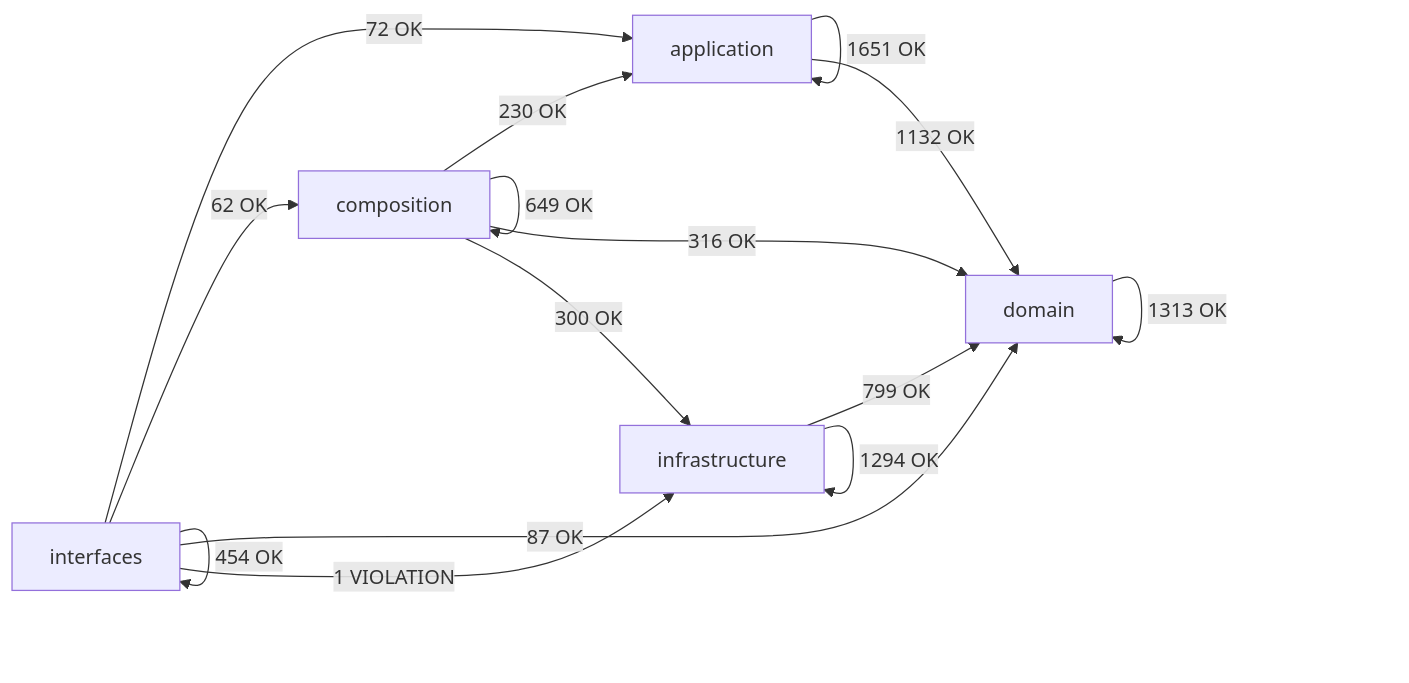
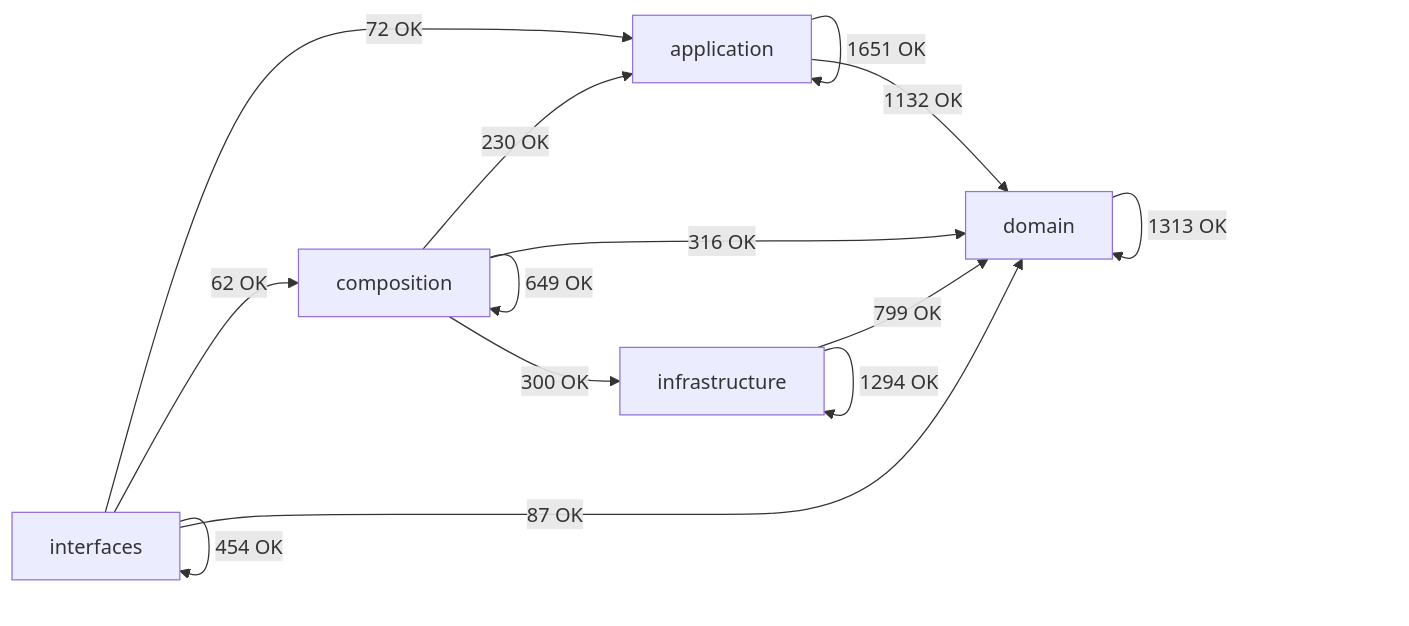
One commit to SatoryKono/BioactivityDataAcquisition changed the diagram in docs/02-architecture/generated/module-dependency-map.md. Above: the diagram before and after it, drawn with Mermaid. The commit also changed other lines of this file and 6 other files, not shown here.

````diff
--- a/docs/02-architecture/generated/module-dependency-map.md
+++ b/docs/02-architecture/generated/module-dependency-map.md
@@ -17,22 +17,21 @@
 ```mermaid
 flowchart LR
     domain[domain]
     application[application]
     infrastructure[infrastructure]
     composition[composition]
     interfaces[interfaces]
     application -->|1651 OK| application
     application -->|1132 OK| domain
     composition -->|230 OK| application
     composition -->|649 OK| composition
     composition -->|316 OK| domain
     composition -->|300 OK| infrastructure
     domain -->|1313 OK| domain
     infrastructure -->|799 OK| domain
     infrastructure -->|1294 OK| infrastructure
     interfaces -->|72 OK| application
     interfaces -->|62 OK| composition
     interfaces -->|87 OK| domain
-    interfaces -->|1 VIOLATION| infrastructure
     interfaces -->|454 OK| interfaces
 ```
````
